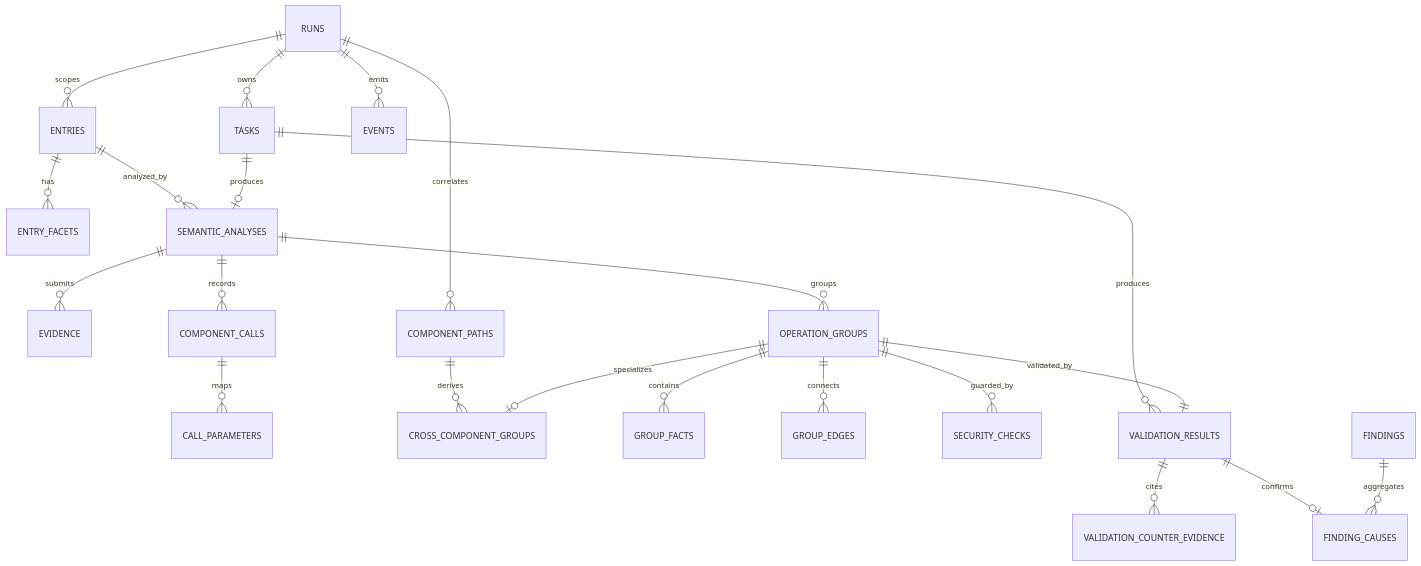
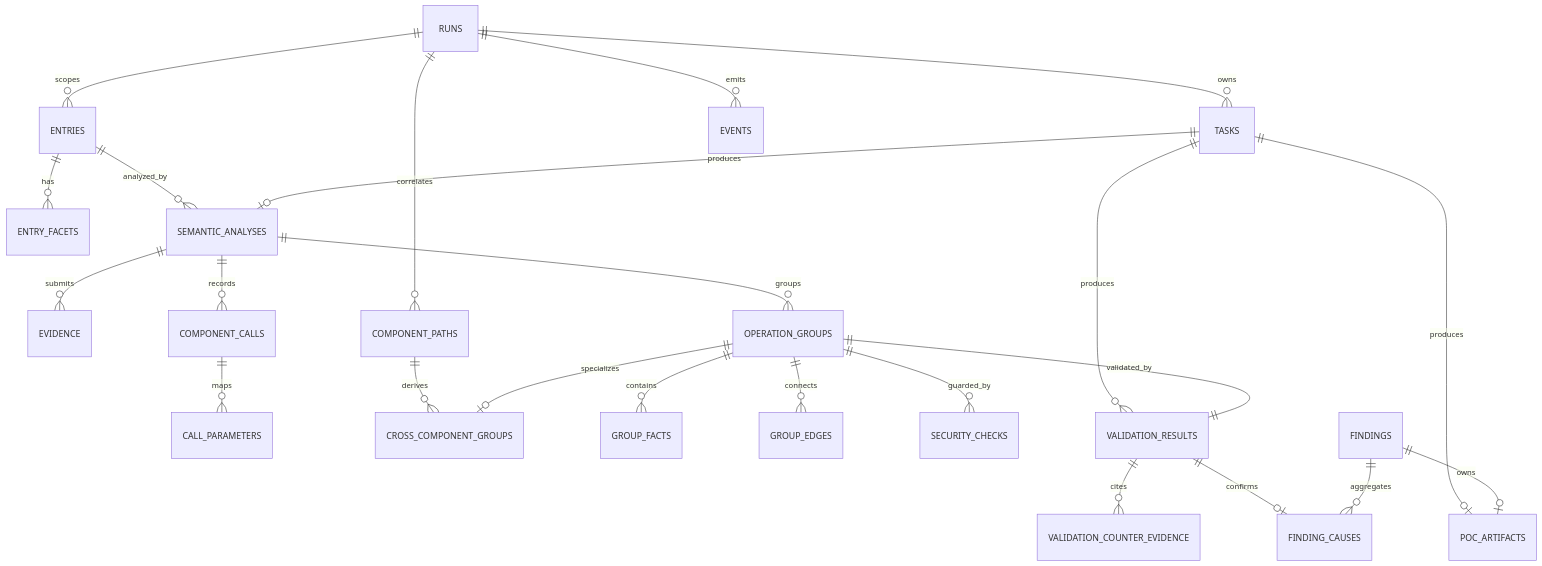
The diagram in docs/contracts/RUN-DB-V2.md (JiJunmo/harmonySecAnalyzer), drawn with Mermaid before and after one commit. The commit also changed other lines of this file and 11 other files, not shown here.

First line of the commit message:
docs: sync pipeline docs to three-phase architecture and add diagrams

````diff
--- a/docs/contracts/RUN-DB-V2.md
+++ b/docs/contracts/RUN-DB-V2.md
@@ -5,24 +5,26 @@
 ```mermaid
 erDiagram
     RUNS ||--o{ TASKS : owns
     RUNS ||--o{ ENTRIES : scopes
     ENTRIES ||--o{ ENTRY_FACETS : has
     ENTRIES ||--o{ SEMANTIC_ANALYSES : analyzed_by
     TASKS ||--o| SEMANTIC_ANALYSES : produces
     SEMANTIC_ANALYSES ||--o{ EVIDENCE : submits
     SEMANTIC_ANALYSES ||--o{ COMPONENT_CALLS : records
     COMPONENT_CALLS ||--o{ CALL_PARAMETERS : maps
     RUNS ||--o{ COMPONENT_PATHS : correlates
     COMPONENT_PATHS ||--o{ CROSS_COMPONENT_GROUPS : derives
     SEMANTIC_ANALYSES ||--o{ OPERATION_GROUPS : groups
     OPERATION_GROUPS ||--o| CROSS_COMPONENT_GROUPS : specializes
     OPERATION_GROUPS ||--o{ GROUP_FACTS : contains
     OPERATION_GROUPS ||--o{ GROUP_EDGES : connects
     OPERATION_GROUPS ||--o{ SECURITY_CHECKS : guarded_by
     TASKS ||--o{ VALIDATION_RESULTS : produces
     OPERATION_GROUPS ||--|| VALIDATION_RESULTS : validated_by
     VALIDATION_RESULTS ||--o{ VALIDATION_COUNTER_EVIDENCE : cites
     VALIDATION_RESULTS ||--o| FINDING_CAUSES : confirms
     FINDINGS ||--o{ FINDING_CAUSES : aggregates
+    TASKS ||--o| POC_ARTIFACTS : produces
+    FINDINGS ||--o| POC_ARTIFACTS : owns
     RUNS ||--o{ EVENTS : emits
 ```
````
